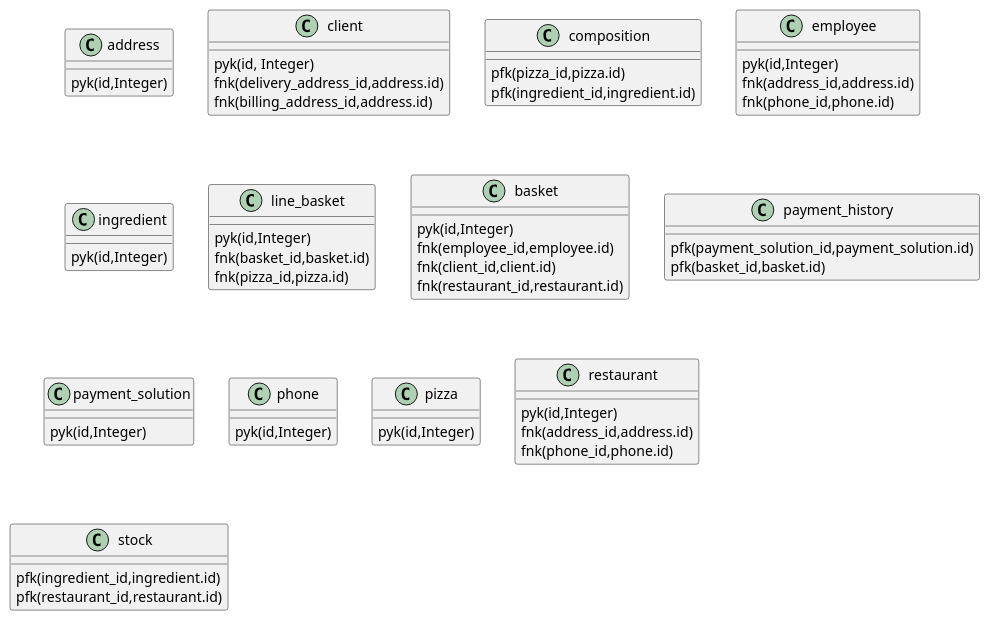
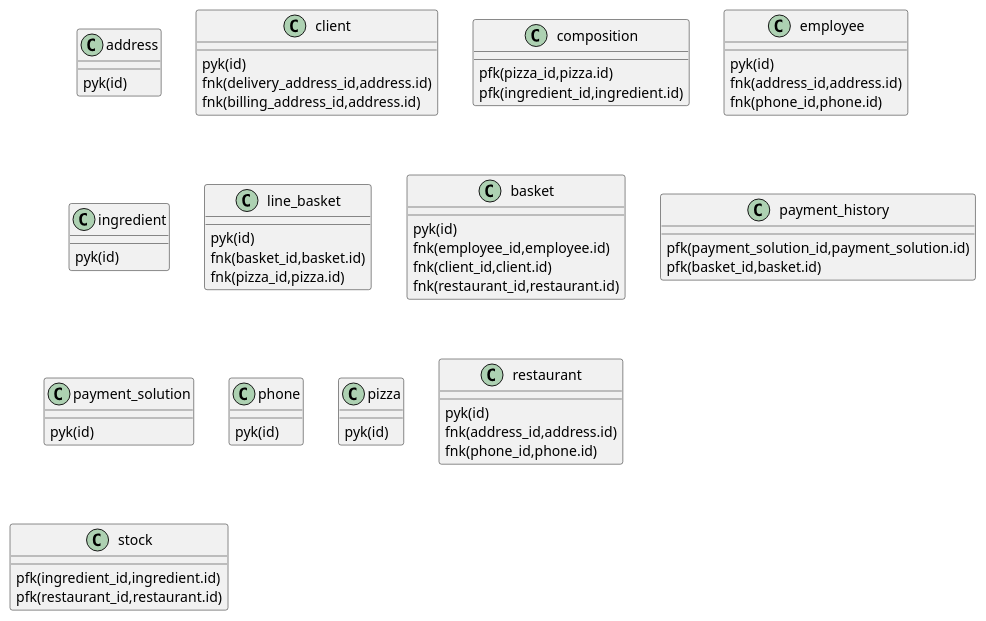
One commit to freezed/ocp6 changed the diagram in src-puml/keys.iuml. Above: the diagram before and after it, drawn with PlantUML. The commit also changed 1 other file, not shown here.

```diff
--- a/src-puml/keys.iuml
+++ b/src-puml/keys.iuml
@@ -1,54 +1,54 @@
 /' = = = = = = = KEY = = = = = = = '/
 class address {
-    pyk(id,Integer)
+    pyk(id)
 }
 class client {
-    pyk(id, Integer)
+    pyk(id)
     fnk(delivery_address_id,address.id)
     fnk(billing_address_id,address.id)
 }
 class composition {
     pfk(pizza_id,pizza.id)
     pfk(ingredient_id,ingredient.id)
 }
 class employee {
-    pyk(id,Integer)
+    pyk(id)
     fnk(address_id,address.id)
     fnk(phone_id,phone.id)
 }
 class ingredient {
-    pyk(id,Integer)
+    pyk(id)
 }
 class line_basket {
-    pyk(id,Integer)
+    pyk(id)
     fnk(basket_id,basket.id)
     fnk(pizza_id,pizza.id)
 }
 class basket {
-    pyk(id,Integer)
+    pyk(id)
     fnk(employee_id,employee.id)
     fnk(client_id,client.id)
     fnk(restaurant_id,restaurant.id)
 }
 class payment_history {
     pfk(payment_solution_id,payment_solution.id)
     pfk(basket_id,basket.id)
 }
 class payment_solution {
-    pyk(id,Integer)
+    pyk(id)
 }
 class phone {
-    pyk(id,Integer)
+    pyk(id)
 }
 class pizza {
-    pyk(id,Integer)
+    pyk(id)
 }
 class restaurant {
-    pyk(id,Integer)
+    pyk(id)
     fnk(address_id,address.id)
     fnk(phone_id,phone.id)
 }
 class stock {
     pfk(ingredient_id,ingredient.id)
     pfk(restaurant_id,restaurant.id)
 }
```
